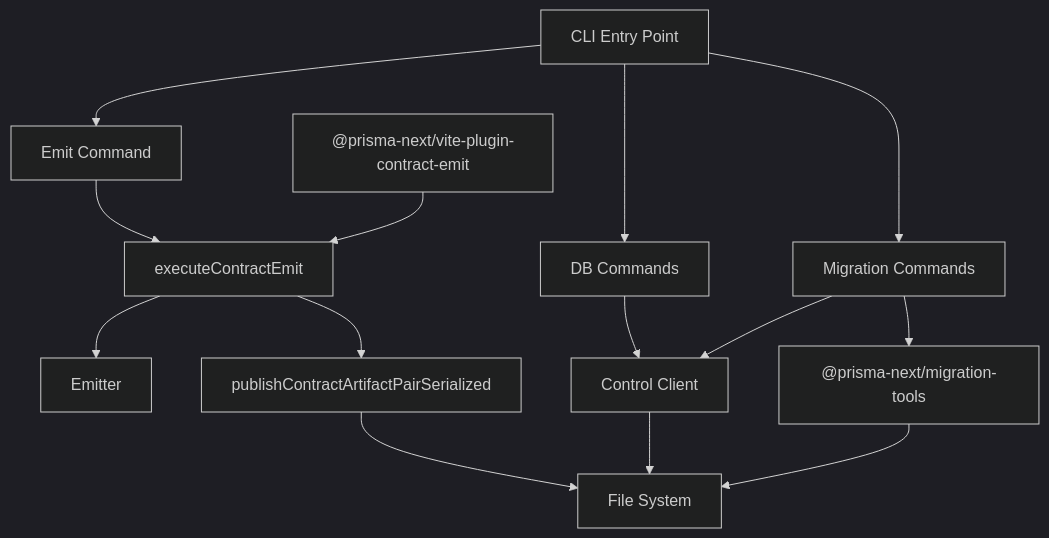
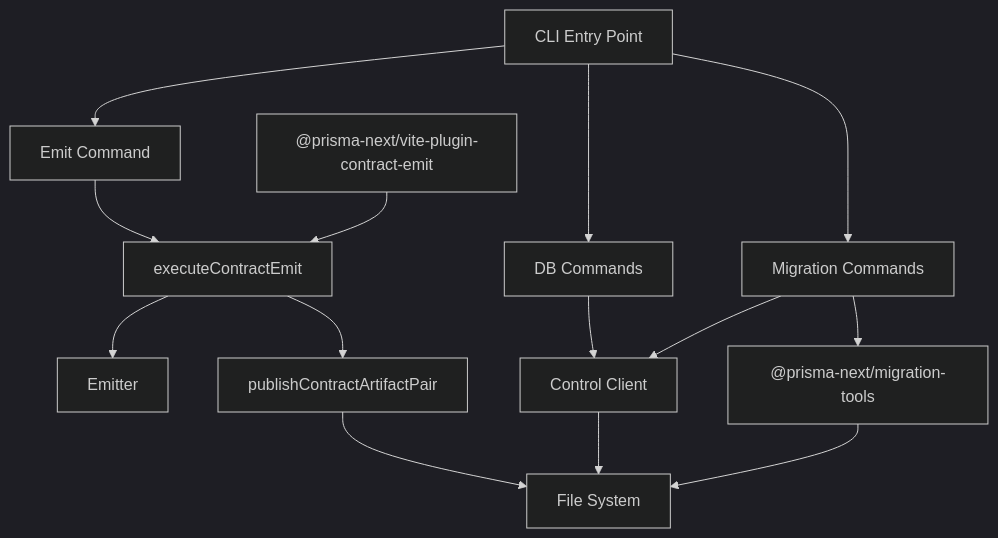
One commit to prisma/prisma-next changed the diagram in packages/1-framework/3-tooling/cli/README.md. Above: the diagram before and after it, drawn with Mermaid (dark theme). The commit also changed other lines of this file and 13 other files, not shown here.

````diff
--- a/packages/1-framework/3-tooling/cli/README.md
+++ b/packages/1-framework/3-tooling/cli/README.md
@@ -1089,28 +1089,28 @@
 ```mermaid
 flowchart TD
     CLI[CLI Entry Point]
     CMD_EMIT[Emit Command]
     CMD_DB[DB Commands]
     CMD_MIG[Migration Commands]
     EXEC_EMIT[executeContractEmit]
-    PUBLISH[publishContractArtifactPairSerialized]
+    PUBLISH[publishContractArtifactPair]
     EMIT[Emitter]
     CTRL[Control Client]
     MIG_TOOLS["@prisma-next/migration-tools"]
     FS[File System]
     VITE["@prisma-next/vite-plugin-contract-emit"]
 
     CLI --> CMD_EMIT
     CLI --> CMD_DB
     CLI --> CMD_MIG
     CMD_EMIT --> EXEC_EMIT
     VITE --> EXEC_EMIT
     EXEC_EMIT --> EMIT
     EXEC_EMIT --> PUBLISH
     PUBLISH --> FS
     CMD_DB --> CTRL
     CMD_MIG --> CTRL
     CMD_MIG --> MIG_TOOLS
     MIG_TOOLS --> FS
     CTRL --> FS
 ```
````
